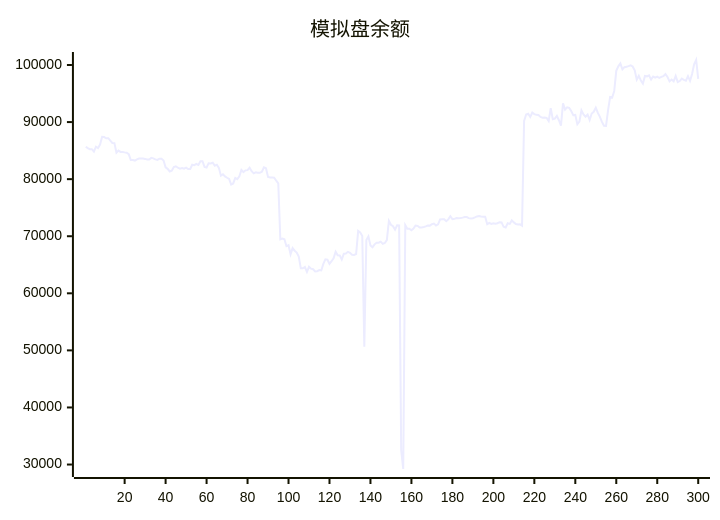
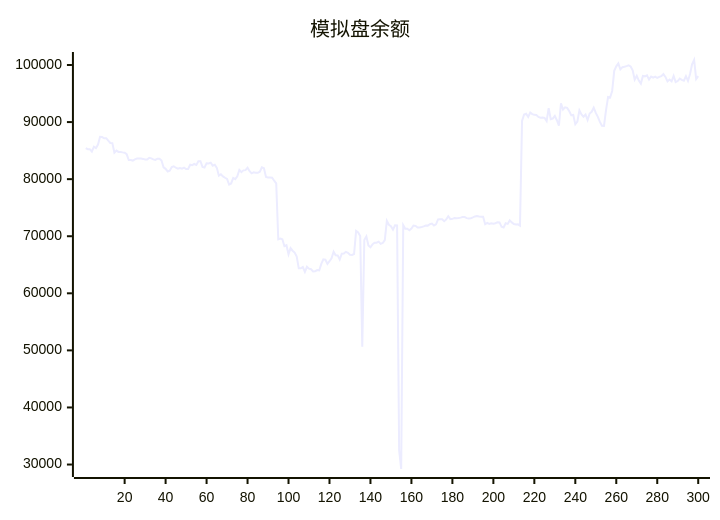
One commit to aahl/ai-trading changed the diagram in README.md. Above: the diagram before and after it, drawn with Mermaid. The commit also changed other lines of this file and 1 other file, not shown here.

````diff
--- a/README.md
+++ b/README.md
@@ -5,5 +5,5 @@
 ```mermaid
 xychart
     title "模拟盘余额"
-    line [85686,85435,85251,85255,84820,85689,85453,86066,87420,87373,87161,87178,86740,86341,86315,84643,85012,84772,84768,84690,84635,84376,83360,83357,83259,83474,83608,83606,83602,83548,83440,83454,83724,83644,83464,83365,83590,83592,83275,82072,81806,81344,81492,82109,82254,82006,81848,81955,81829,82022,81769,81776,82522,82441,82656,82498,83144,83144,82150,82038,82797,82763,82872,82367,82536,81981,80612,80862,80484,80242,80034,79063,79245,80226,80016,80507,81625,81233,81544,81578,82016,81401,81019,81186,81130,81118,81306,82066,81909,80392,80304,80291,80258,79729,79261,69466,69579,69456,68251,68415,66832,67911,67462,67144,66432,64380,64375,64606,63740,64647,64324,64216,63842,63877,64078,64008,65156,65945,65888,65157,65625,66144,67284,66653,66639,65924,66925,66956,67263,67108,66766,66729,66886,70927,70673,70049,50652,69334,69973,68400,68061,68578,68876,68879,69055,68662,68822,69329,72687,71999,71760,71162,71911,71896,32500,29218,71927,71297,71305,71044,71337,71883,71822,71536,71536,71622,71723,71880,71860,72100,72216,71887,72077,72940,72976,72966,72638,72948,73497,73004,73041,73173,73160,73186,73258,73375,73351,73173,73098,73161,73305,73474,73536,73457,73413,73412,72100,72333,72164,72272,72204,72285,72461,72421,71652,71521,72267,72157,72774,72424,72144,72060,72091,71858,90185,91338,91466,90900,91678,91404,91268,91244,90903,90779,90787,90721,90187,92429,90518,90619,91070,90328,89376,93286,92202,92581,92485,91947,91196,91259,89619,90086,92063,91355,90950,91327,90373,91498,91800,92531,91603,90910,90031,89351,89334,92097,94406,94315,95455,98972,99763,100286,99229,99622,99701,99805,99938,99738,99082,97430,98094,97267,96741,98081,98013,98194,97447,97983,97789,97969,97729,97911,98043,98405,97912,97120,97448,97154,98095,97021,97190,97616,97402,97263,98035,97210,98424,100120,100876,97552]
+    line [85435,85251,85255,84820,85689,85453,86066,87420,87373,87161,87178,86740,86341,86315,84643,85012,84772,84768,84690,84635,84376,83360,83357,83259,83474,83608,83606,83602,83548,83440,83454,83724,83644,83464,83365,83590,83592,83275,82072,81806,81344,81492,82109,82254,82006,81848,81955,81829,82022,81769,81776,82522,82441,82656,82498,83144,83144,82150,82038,82797,82763,82872,82367,82536,81981,80612,80862,80484,80242,80034,79063,79245,80226,80016,80507,81625,81233,81544,81578,82016,81401,81019,81186,81130,81118,81306,82066,81909,80392,80304,80291,80258,79729,79261,69466,69579,69456,68251,68415,66832,67911,67462,67144,66432,64380,64375,64606,63740,64647,64324,64216,63842,63877,64078,64008,65156,65945,65888,65157,65625,66144,67284,66653,66639,65924,66925,66956,67263,67108,66766,66729,66886,70927,70673,70049,50652,69334,69973,68400,68061,68578,68876,68879,69055,68662,68822,69329,72687,71999,71760,71162,71911,71896,32500,29218,71927,71297,71305,71044,71337,71883,71822,71536,71536,71622,71723,71880,71860,72100,72216,71887,72077,72940,72976,72966,72638,72948,73497,73004,73041,73173,73160,73186,73258,73375,73351,73173,73098,73161,73305,73474,73536,73457,73413,73412,72100,72333,72164,72272,72204,72285,72461,72421,71652,71521,72267,72157,72774,72424,72144,72060,72091,71858,90185,91338,91466,90900,91678,91404,91268,91244,90903,90779,90787,90721,90187,92429,90518,90619,91070,90328,89376,93286,92202,92581,92485,91947,91196,91259,89619,90086,92063,91355,90950,91327,90373,91498,91800,92531,91603,90910,90031,89351,89334,92097,94406,94315,95455,98972,99763,100286,99229,99622,99701,99805,99938,99738,99082,97430,98094,97267,96741,98081,98013,98194,97447,97983,97789,97969,97729,97911,98043,98405,97912,97120,97448,97154,98095,97021,97190,97616,97402,97263,98035,97210,98424,100120,100876,97552,98049]
 ```
````
